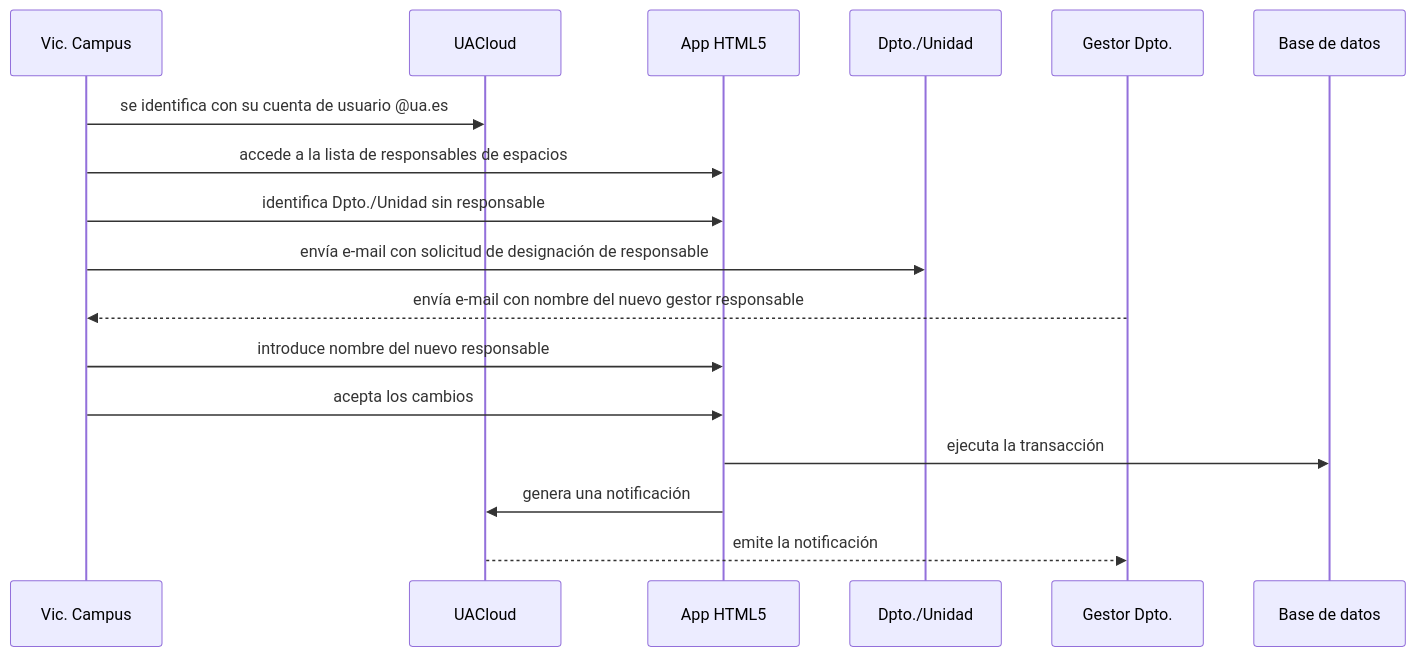
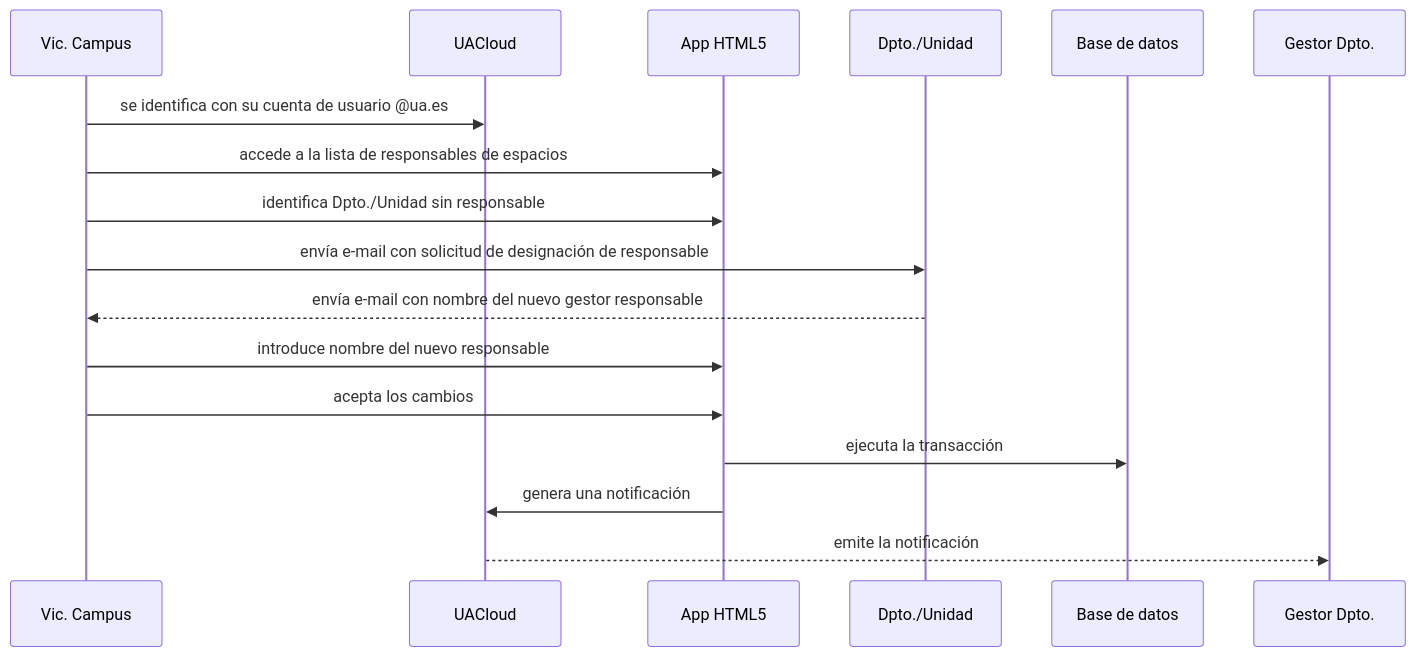
The diagram in ds05-2.md (labgeo/ua-mods), drawn with Mermaid before and after one commit.

```diff
--- a/ds05-2.md
+++ b/ds05-2.md
@@ -5,13 +5,13 @@
 {% mermaid %}
 sequenceDiagram;
   Vic. Campus->>UACloud: se identifica con su cuenta de usuario @ua.es;
   Vic. Campus->>App HTML5: accede a la lista de responsables de espacios;
   Vic. Campus->>App HTML5: identifica Dpto./Unidad sin responsable;
   Vic. Campus->>Dpto./Unidad: envía e-mail con solicitud de designación de responsable;
-  Gestor Dpto.-->>Vic. Campus: envía e-mail con nombre del nuevo gestor responsable;
+  Dpto./Unidad-->>Vic. Campus: envía e-mail con nombre del nuevo gestor responsable;
   Vic. Campus->>App HTML5: introduce nombre del nuevo responsable;
   Vic. Campus->>App HTML5: acepta los cambios;
   App HTML5->>Base de datos: ejecuta la transacción;
   App HTML5->>UACloud: genera una notificación;
   UACloud-->>Gestor Dpto.: emite la notificación;
 {% endmermaid %}
```
